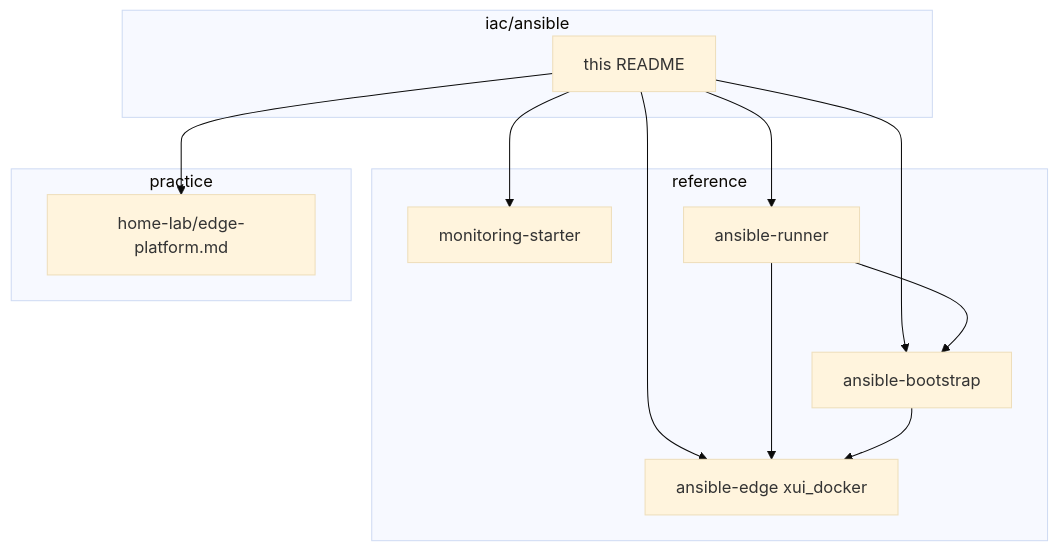
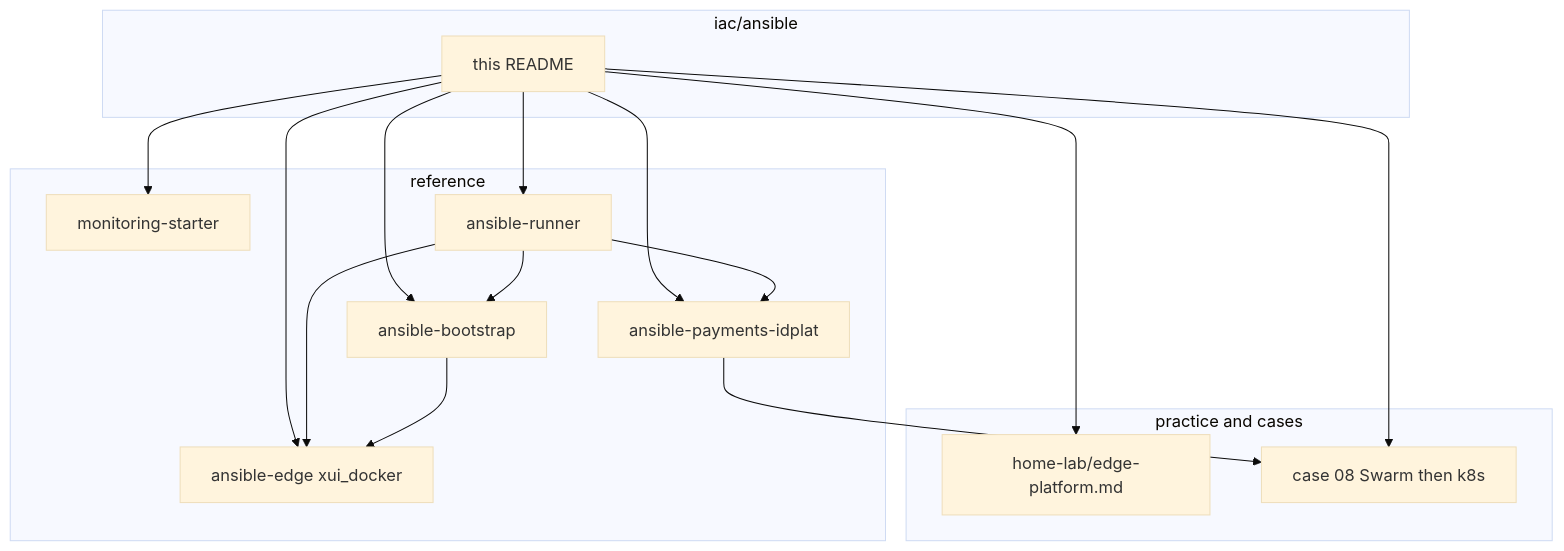
Before and after one commit to NarberallGamma/narberall-platform-engineer-lab: the diagram in iac/ansible/README.md, drawn with Mermaid (base theme). The commit also changed other lines of this file and 138 other files, not shown here.

First line of the commit message:
Add payments identity Ansible and expand multi-cloud Terraform samples.

````diff
--- a/iac/ansible/README.md
+++ b/iac/ansible/README.md
@@ -24,23 +29,29 @@
 ```mermaid
 flowchart TB
   subgraph iacAns [iac/ansible]
     Hub[this README]
   end
   subgraph ref [reference]
     Prep[ansible-bootstrap]
     Edge[ansible-edge xui_docker]
+    Idplat[ansible-payments-idplat]
     Met[monitoring-starter]
     Run[ansible-runner]
   end
-  subgraph story [practice]
+  subgraph story [practice and cases]
     Page[home-lab/edge-platform.md]
+    CS[case 08 Swarm then k8s]
   end
   Hub --> Prep
   Hub --> Edge
+  Hub --> Idplat
   Hub --> Met
   Hub --> Run
   Hub --> Page
+  Hub --> CS
   Run --> Prep
   Run --> Edge
+  Run --> Idplat
   Prep --> Edge
+  Idplat --> CS
 ```
````
